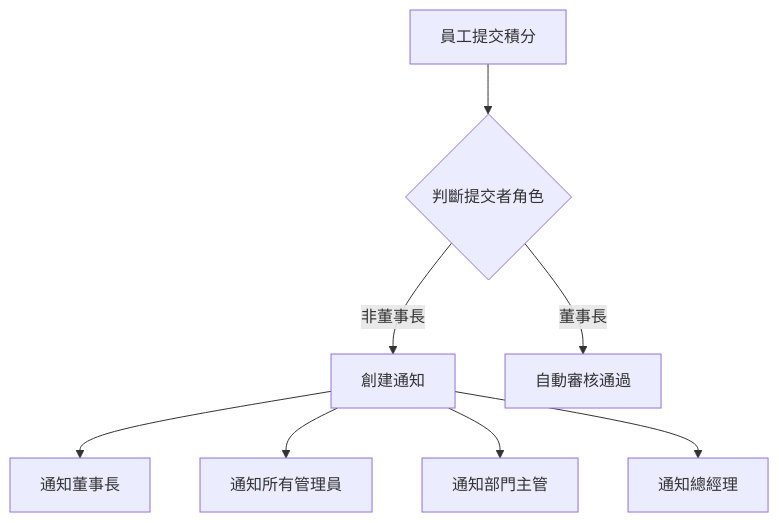
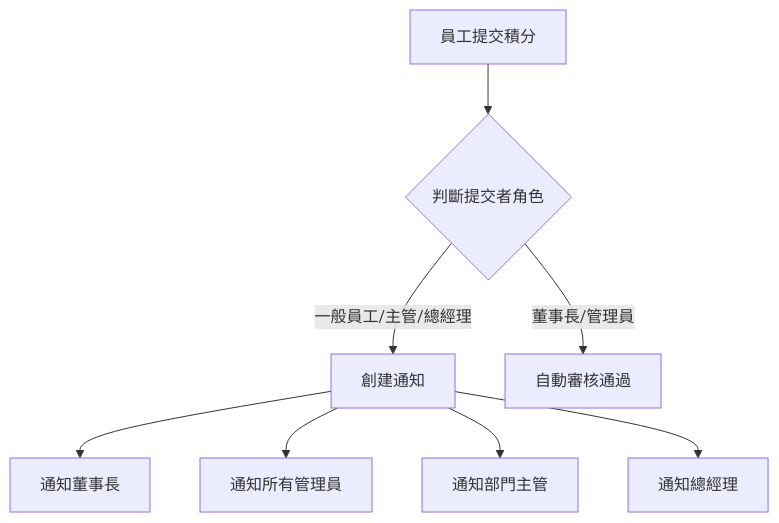
One commit to peter85246/Emp_Smart_Assess_System changed the diagram in 開發說明檔案(md)/20250924_管理員權限提升與董事長級別功能實現.md. Above: the diagram before and after it, drawn with Mermaid. The commit also changed other lines of this file and 600 other files, not shown here.

````diff
--- a/開發說明檔案(md)/20250924_管理員權限提升與董事長級別功能實現.md
+++ b/開發說明檔案(md)/20250924_管理員權限提升與董事長級別功能實現.md
@@ -114,10 +150,10 @@
 ```mermaid
 graph TD
     A[員工提交積分] --> B{判斷提交者角色}
-    B -->|非董事長| C[創建通知]
+    B -->|一般員工/主管/總經理| C[創建通知]
     C --> D[通知董事長]
     C --> E[通知所有管理員]
     C --> F[通知部門主管]
     C --> G[通知總經理]
-    B -->|董事長| H[自動審核通過]
+    B -->|董事長/管理員| H[自動審核通過]
 ```
````
